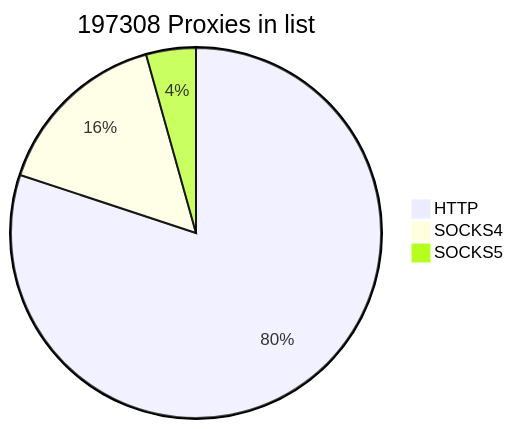
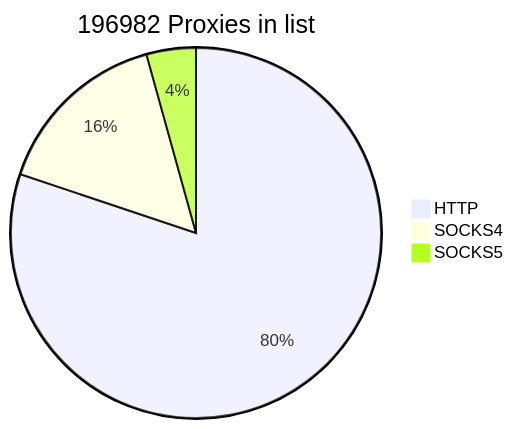
Before and after one commit to cutipu/proxylist: the first of 2 diagrams in README.md, drawn with Mermaid. The commit also changed other lines of this file, not shown here.

````diff
--- a/README.md
+++ b/README.md
@@ -2,7 +2,7 @@
 ```mermaid
-pie title 197308 Proxies in list
-    "HTTP" : 157994
-    "SOCKS4" : 30746
-    "SOCKS5" : 8568
+pie title 196982 Proxies in list
+    "HTTP" : 157859
+    "SOCKS4" : 30633
+    "SOCKS5" : 8490
             
 ```
````
